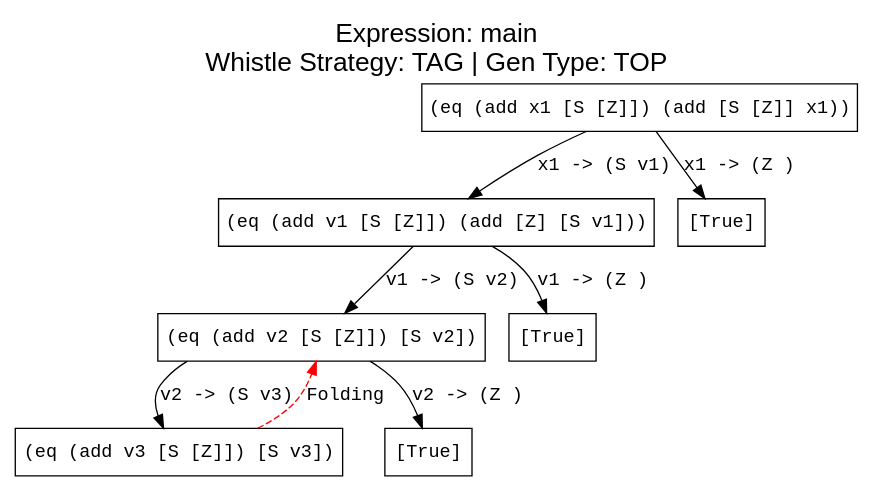
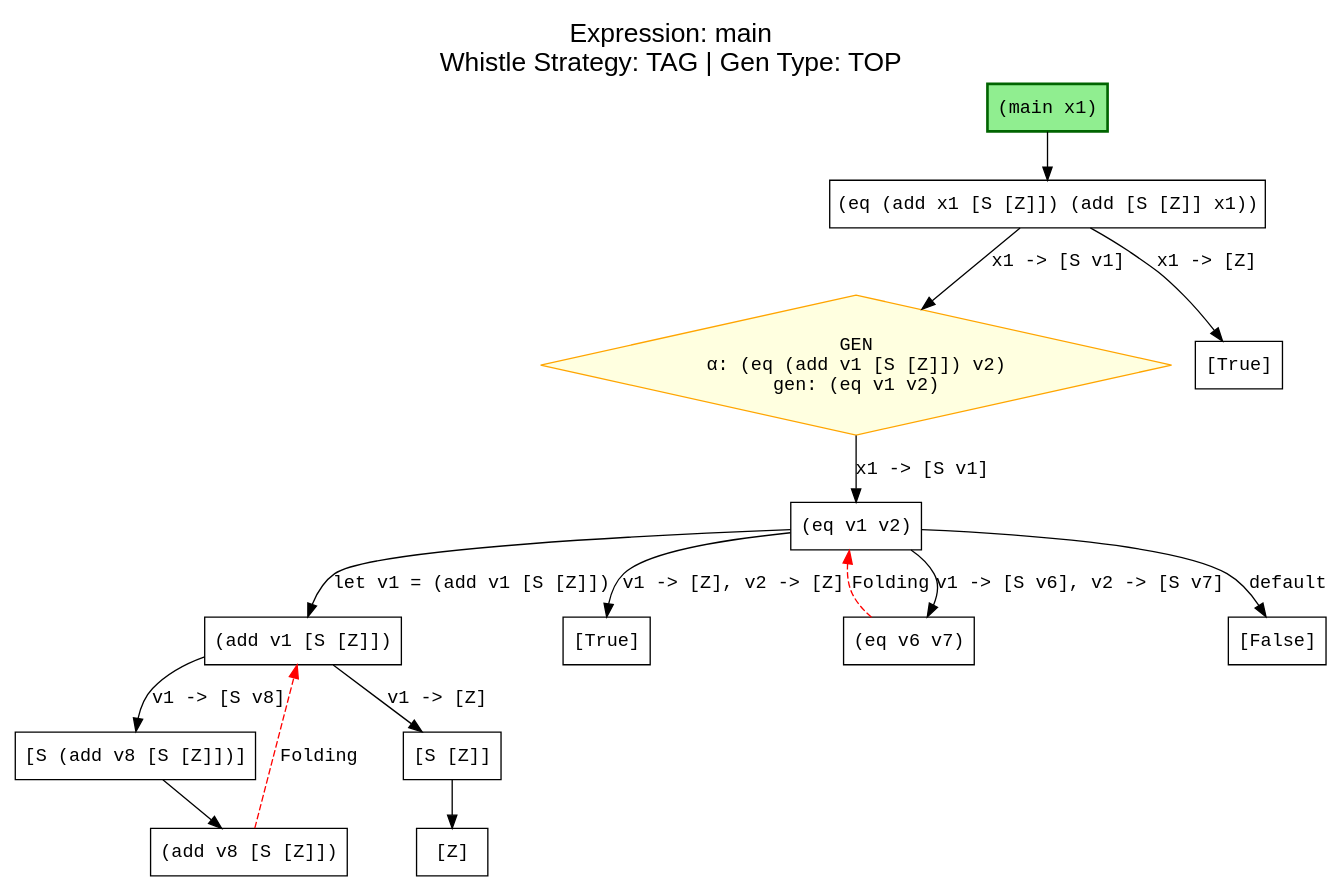
The diagram in output/commute/tag.dot (makezh/coursework_supercompiler), drawn with Graphviz before and after one commit. The commit also changed 20 other files, not shown here.

```diff
--- a/output/commute/tag.dot
+++ b/output/commute/tag.dot
@@ -1,23 +1,36 @@
 digraph ProcessTree {
   label="Expression: main\nWhistle Strategy: TAG | Gen Type: TOP";
   labelloc="t";
   fontsize=20;
   fontname="Arial";
 
     node [fontname="Courier New"];
     edge [fontname="Courier New"];
+    start [label="(main x1)", shape=box, style="filled", fillcolor="lightgreen", color="darkgreen", penwidth=2.0];
+    start -> n0 [];
     n0 [label="(eq (add x1 [S [Z]]) (add [S [Z]] x1))", shape=box];
-    n0 -> n1 [label="x1 -> (S v1)"];
-    n0 -> n2 [label="x1 -> (Z )"];
-    n1 [label="(eq (add v1 [S [Z]]) (add [Z] [S v1]))", shape=box];
-    n1 -> n3 [label="v1 -> (S v2)"];
-    n1 -> n4 [label="v1 -> (Z )"];
+    gen1 [label="GEN\nα: (eq (add v1 [S [Z]]) v2)\ngen: (eq v1 v2)", shape=diamond, style="filled", fillcolor="lightyellow", color="orange"];
+    n0 -> gen1 [label="x1 -> [S v1]"];
+    gen1 -> n1 [label="x1 -> [S v1]"];
+    n0 -> n2 [label="x1 -> [Z]"];
+    n1 [label="(eq v1 v2)", shape=box];
+    n1 -> n3 [label="let v1 = (add v1 [S [Z]])"];
+    n1 -> n4 [label="v1 -> [Z], v2 -> [Z]"];
+    n1 -> n5 [label="v1 -> [S v6], v2 -> [S v7]"];
+    n1 -> n6 [label="default"];
     n2 [label="[True]", shape=box];
-    n3 [label="(eq (add v2 [S [Z]]) [S v2])", shape=box];
-    n3 -> n5 [label="v2 -> (S v3)"];
-    n3 -> n6 [label="v2 -> (Z )"];
+    n3 [label="(add v1 [S [Z]])", shape=box];
+    n3 -> n7 [label="v1 -> [S v8]"];
+    n3 -> n8 [label="v1 -> [Z]"];
     n4 [label="[True]", shape=box];
-    n5 [label="(eq (add v3 [S [Z]]) [S v3])", shape=box];
-    n5 -> n3 [style=dashed, color=red, label="Folding"];
-    n6 [label="[True]", shape=box];
+    n5 [label="(eq v6 v7)", shape=box];
+    n5 -> n1 [style=dashed, color=red, label="Folding"];
+    n6 [label="[False]", shape=box];
+    n7 [label="[S (add v8 [S [Z]])]", shape=box];
+    n7 -> n9 [label=""];
+    n8 [label="[S [Z]]", shape=box];
+    n8 -> n10 [label=""];
+    n9 [label="(add v8 [S [Z]])", shape=box];
+    n9 -> n3 [style=dashed, color=red, label="Folding"];
+    n10 [label="[Z]", shape=box];
 }
```
